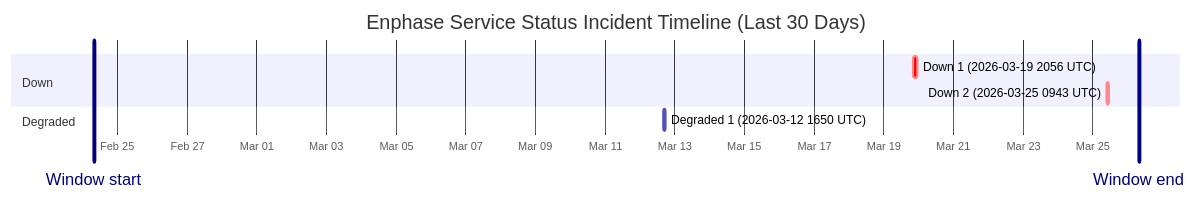
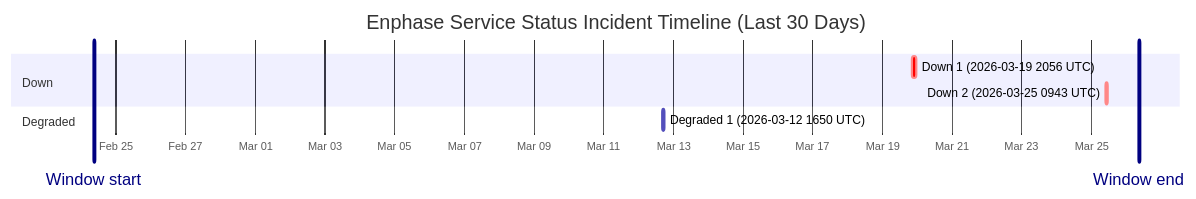
One commit to barneyonline/ha-enphase-ev-charger changed the diagram in wiki/Service-Status-History.md. Above: the diagram before and after it, drawn with Mermaid. The commit also changed other lines of this file and 3 other files, not shown here.

````diff
--- a/wiki/Service-Status-History.md
+++ b/wiki/Service-Status-History.md
@@ -14,13 +14,13 @@
 ```mermaid
 gantt
     title Enphase Service Status Incident Timeline (Last 30 Days)
     dateFormat  YYYY-MM-DDTHH:mm:ss
     axisFormat  %b %d
-    Window start :vert, window-start, 2026-02-24T07:55:46, 0ms
-    Window end :vert, window-end, 2026-03-26T07:55:46, 0ms
+    Window start :vert, window-start, 2026-02-24T08:44:30, 0ms
+    Window end :vert, window-end, 2026-03-26T08:44:30, 0ms
     section Down
     Down 1 (2026-03-19 2056 UTC) :crit, down-1, 2026-03-19T20:56:20, 145m
     Down 2 (2026-03-25 0943 UTC) :crit, down-2, 2026-03-25T09:43:28, 111m
     section Degraded
     Degraded 1 (2026-03-12 1650 UTC) :active, degraded-1, 2026-03-12T16:50:43, 60m
 ```
````
